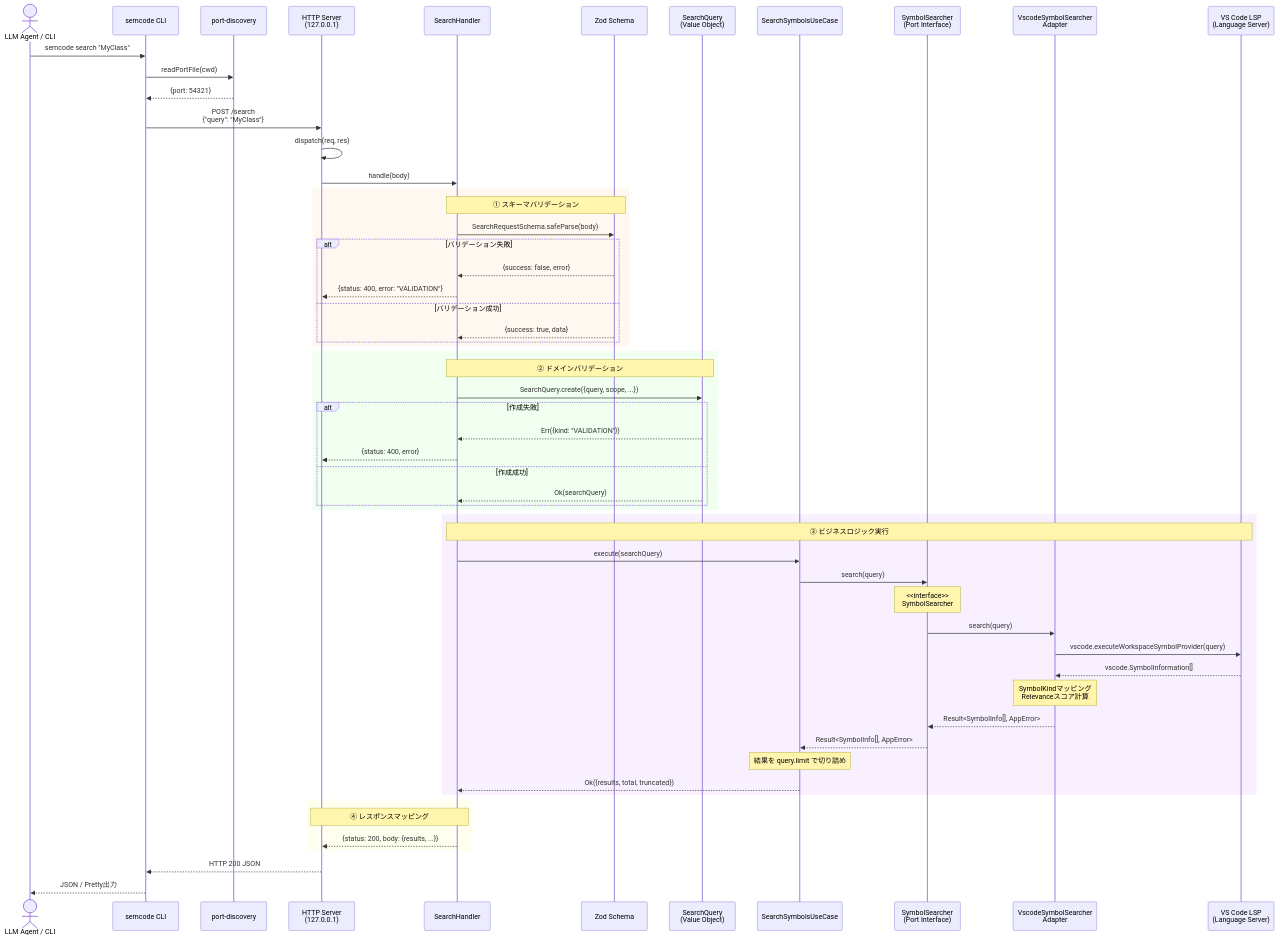
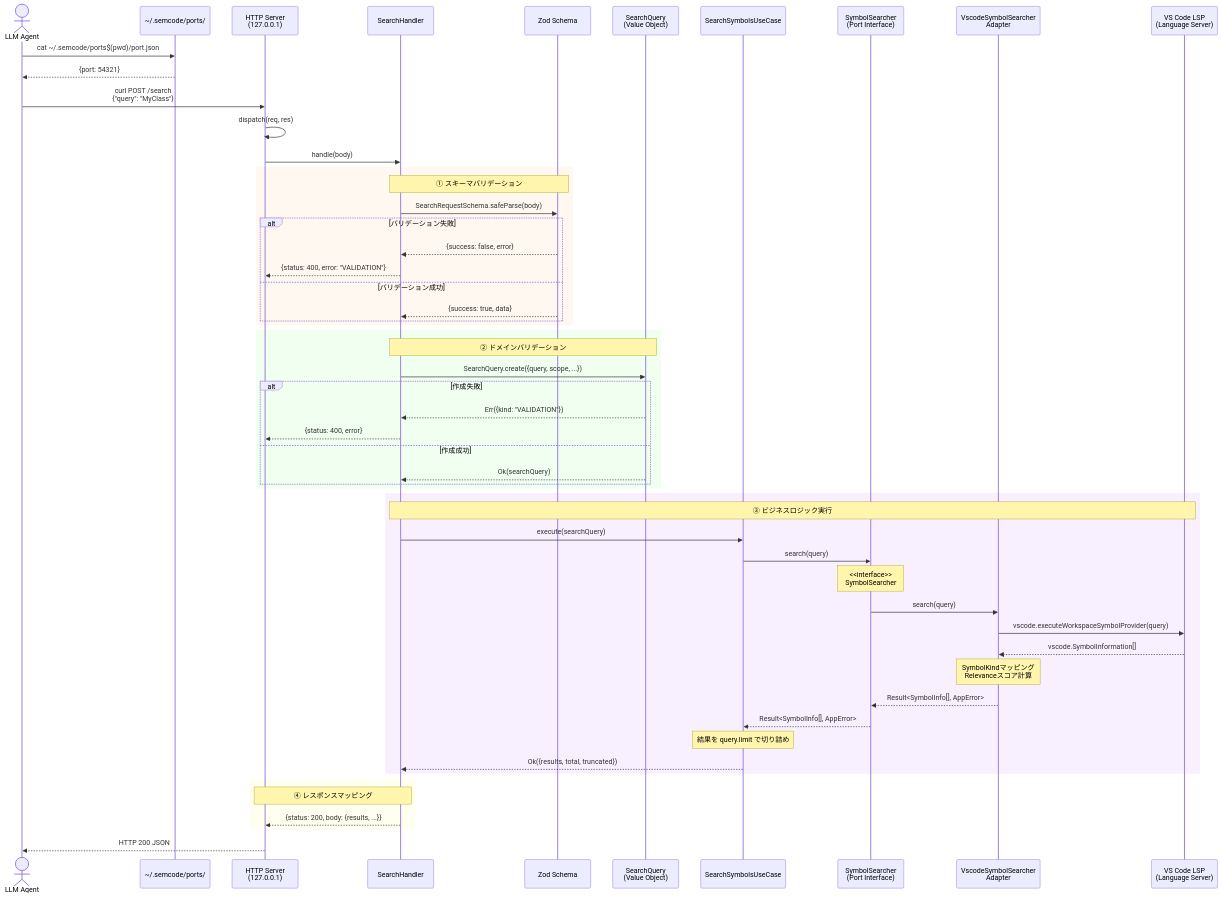
Before and after one commit to omurakazuaki/lsp-relay-vscode-extension: the second of 6 diagrams in docs/sequence-diagram.md, drawn with Mermaid. The commit also changed other lines of this file and 19 other files, not shown here.

````diff
--- a/docs/sequence-diagram.md
+++ b/docs/sequence-diagram.md
@@ -61,68 +60,65 @@
 ```mermaid
 sequenceDiagram
-    actor Agent as LLM Agent / CLI
-    participant CLI as semcode CLI
-    participant PD as port-discovery
+    actor Agent as LLM Agent
+    participant PD as ~/.semcode/ports/
     participant Server as HTTP Server<br/>(127.0.0.1)
     participant Handler as SearchHandler
     participant Zod as Zod Schema
     participant VO as SearchQuery<br/>(Value Object)
     participant UC as SearchSymbolsUseCase
     participant Port as SymbolSearcher<br/>(Port Interface)
     participant Adapter as VscodeSymbolSearcher<br/>Adapter
     participant LSP as VS Code LSP<br/>(Language Server)
 
-    Agent->>CLI: semcode search "MyClass"
-    CLI->>PD: readPortFile(cwd)
-    PD-->>CLI: {port: 54321}
+    Agent->>PD: cat ~/.semcode/ports$(pwd)/port.json
+    PD-->>Agent: {port: 54321}
 
-    CLI->>Server: POST /search<br/>{"query": "MyClass"}
+    Agent->>Server: curl POST /search<br/>{"query": "MyClass"}
 
     Server->>Server: dispatch(req, res)
     Server->>Handler: handle(body)
 
     rect rgb(255, 248, 240)
         Note over Handler,Zod: ① スキーマバリデーション
         Handler->>Zod: SearchRequestSchema.safeParse(body)
         alt バリデーション失敗
             Zod-->>Handler: {success: false, error}
             Handler-->>Server: {status: 400, error: "VALIDATION"}
         else バリデーション成功
             Zod-->>Handler: {success: true, data}
         end
     end
 
     rect rgb(240, 255, 240)
         Note over Handler,VO: ② ドメインバリデーション
         Handler->>VO: SearchQuery.create({query, scope, ...})
         alt 作成失敗
             VO-->>Handler: Err({kind: "VALIDATION"})
             Handler-->>Server: {status: 400, error}
         else 作成成功
             VO-->>Handler: Ok(searchQuery)
         end
     end
 
     rect rgb(248, 240, 255)
         Note over Handler,LSP: ③ ビジネスロジック実行
         Handler->>UC: execute(searchQuery)
         UC->>Port: search(query)
         Note over Port: <<interface>><br/>SymbolSearcher
         Port->>Adapter: search(query)
         Adapter->>LSP: vscode.executeWorkspaceSymbolProvider(query)
         LSP-->>Adapter: vscode.SymbolInformation[]
         Note over Adapter: SymbolKindマッピング<br/>Relevanceスコア計算
         Adapter-->>Port: Result<SymbolInfo[], AppError>
         Port-->>UC: Result<SymbolInfo[], AppError>
         Note over UC: 結果を query.limit で切り詰め
         UC-->>Handler: Ok({results, total, truncated})
     end
 
     rect rgb(255, 255, 240)
         Note over Handler,Server: ④ レスポンスマッピング
         Handler-->>Server: {status: 200, body: {results, ...}}
     end
 
-    Server-->>CLI: HTTP 200 JSON
-    CLI-->>Agent: JSON / Pretty出力
+    Server-->>Agent: HTTP 200 JSON
 ```
````
